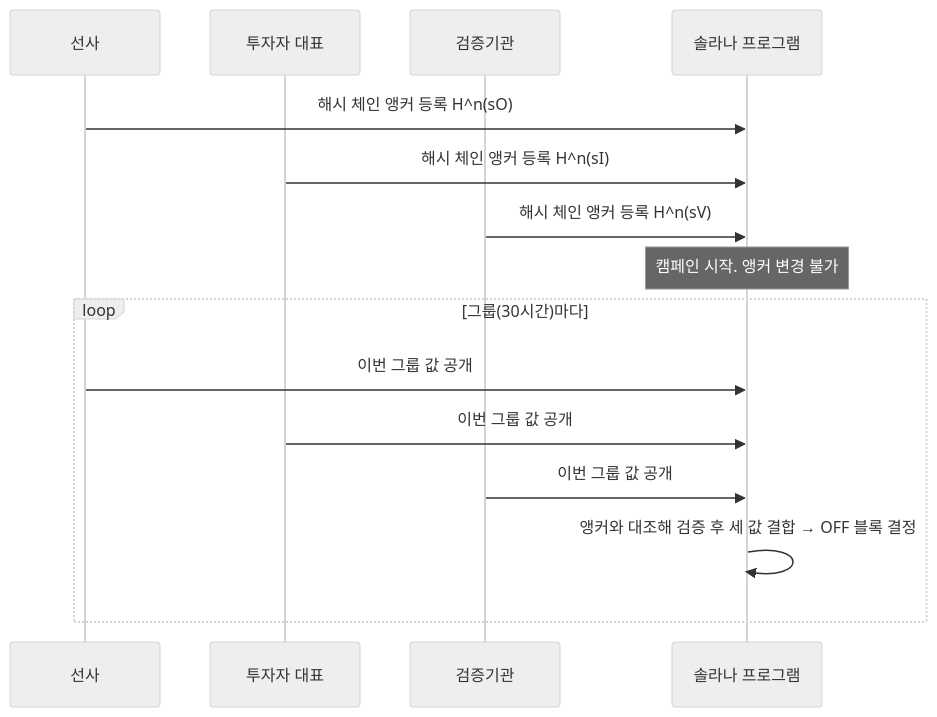
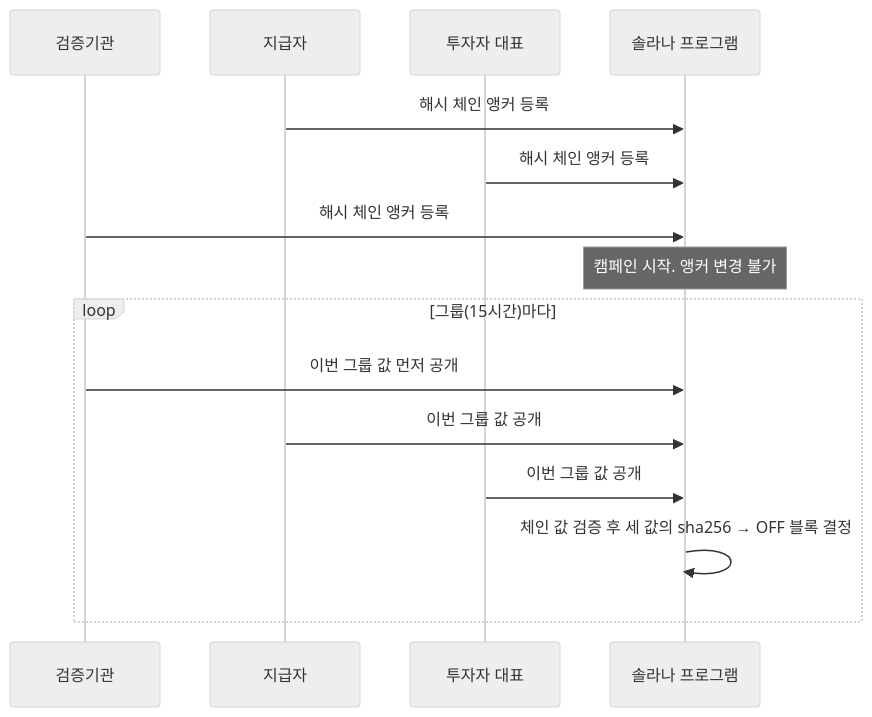
Before and after one commit to TEAM-PJ-LAB/busan-blockchain-hackathon-2026-savesail: the second of 2 diagrams in README.md, drawn with Mermaid (neutral theme). The commit also changed other lines of this file and 90 other files, not shown here.

````diff
--- a/README.md
+++ b/README.md
@@ -148,17 +158,17 @@
 ```mermaid
 sequenceDiagram
-    participant O as 선사
+    participant V as 검증기관
+    participant O as 지급자
     participant I as 투자자 대표
-    participant V as 검증기관
     participant C as 솔라나 프로그램
-    O->>C: 해시 체인 앵커 등록 H^n(sO)
-    I->>C: 해시 체인 앵커 등록 H^n(sI)
-    V->>C: 해시 체인 앵커 등록 H^n(sV)
+    O->>C: 해시 체인 앵커 등록
+    I->>C: 해시 체인 앵커 등록
+    V->>C: 해시 체인 앵커 등록
     Note over C: 캠페인 시작. 앵커 변경 불가
-    loop 그룹(30시간)마다
+    loop 그룹(15시간)마다
+        V->>C: 이번 그룹 값 먼저 공개
         O->>C: 이번 그룹 값 공개
         I->>C: 이번 그룹 값 공개
-        V->>C: 이번 그룹 값 공개
-        C->>C: 앵커와 대조해 검증 후 세 값 결합 → OFF 블록 결정
+        C->>C: 체인 값 검증 후 세 값의 sha256 → OFF 블록 결정
     end
 ```
````
